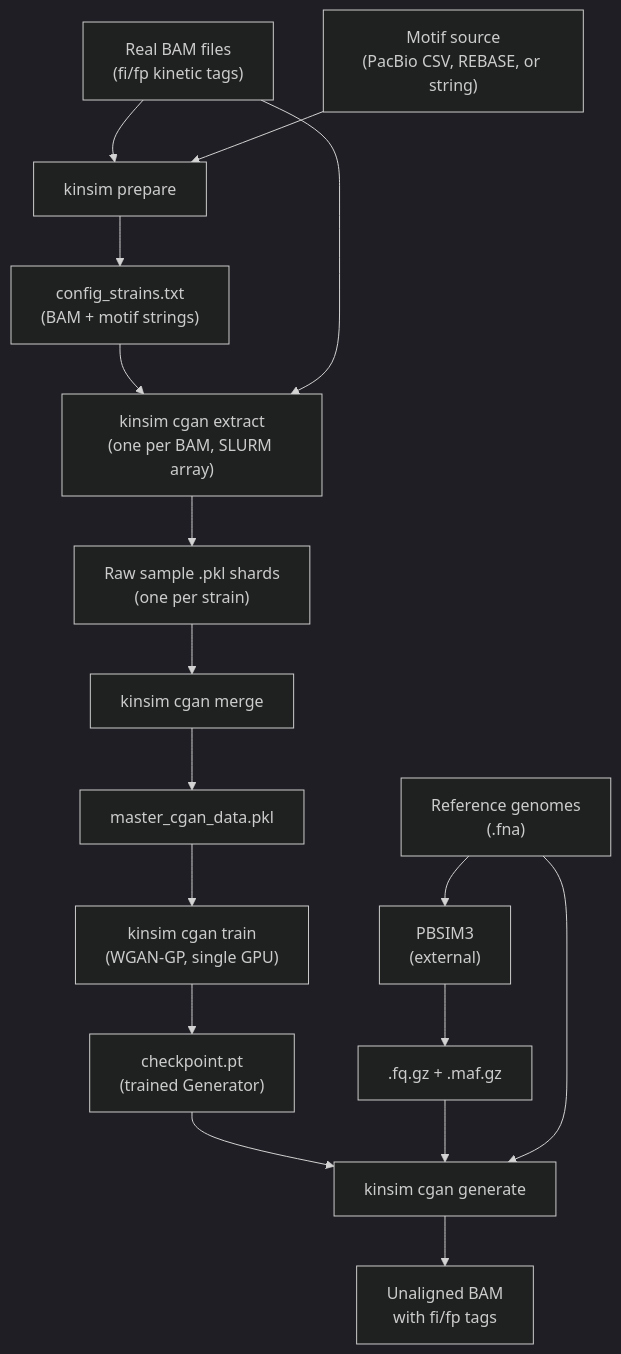
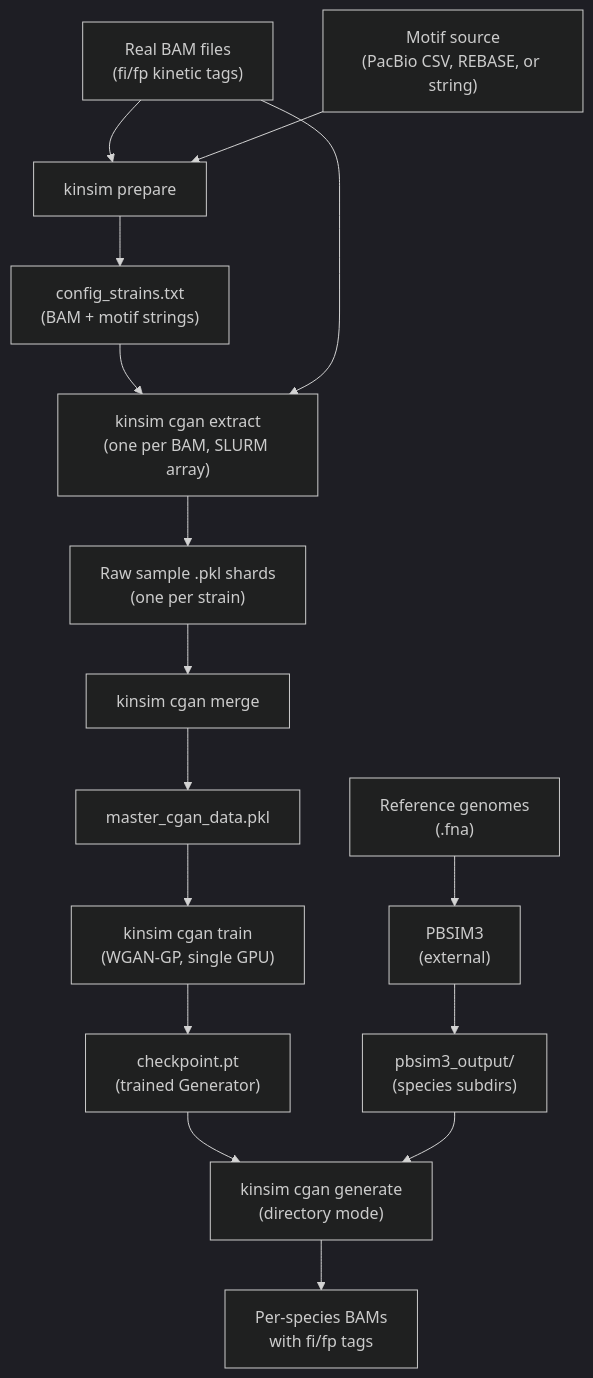
One commit to NicolasDutilleux/KinSim changed the second of 4 diagrams in README.md. Above: the diagram before and after it, drawn with Mermaid (dark theme). The commit also changed other lines of this file and 9 other files, not shown here.

````diff
--- a/README.md
+++ b/README.md
@@ -62,26 +65,26 @@
 ```mermaid
 flowchart TD
     BAM["Real BAM files\n(fi/fp kinetic tags)"]
     MOTIFS["Motif source\n(PacBio CSV, REBASE, or string)"]
     PBSIM3["PBSIM3\n(external)"]
     REF["Reference genomes\n(.fna)"]
 
     BAM & MOTIFS --> PREPARE["kinsim prepare"]
     PREPARE --> CONFIG["config_strains.txt\n(BAM + motif strings)"]
 
     CONFIG --> EXTRACT["kinsim cgan extract\n(one per BAM, SLURM array)"]
     BAM --> EXTRACT
     EXTRACT --> SHARDS["Raw sample .pkl shards\n(one per strain)"]
 
     SHARDS --> MERGE["kinsim cgan merge"]
     MERGE --> DATASET["master_cgan_data.pkl"]
 
     DATASET --> TRAIN["kinsim cgan train\n(WGAN-GP, single GPU)"]
     TRAIN --> CKPT["checkpoint.pt\n(trained Generator)"]
 
     REF --> PBSIM3
-    PBSIM3 --> FQ[".fq.gz + .maf.gz"]
+    PBSIM3 --> PBSIM3OUT["pbsim3_output/\n(species subdirs)"]
 
-    CKPT & FQ & REF --> GENERATE["kinsim cgan generate"]
-    GENERATE --> OUTPUT["Unaligned BAM\nwith fi/fp tags"]
+    CKPT & PBSIM3OUT --> GENERATE["kinsim cgan generate\n(directory mode)"]
+    GENERATE --> CGANOUT["Per-species BAMs\nwith fi/fp tags"]
 ```
````
